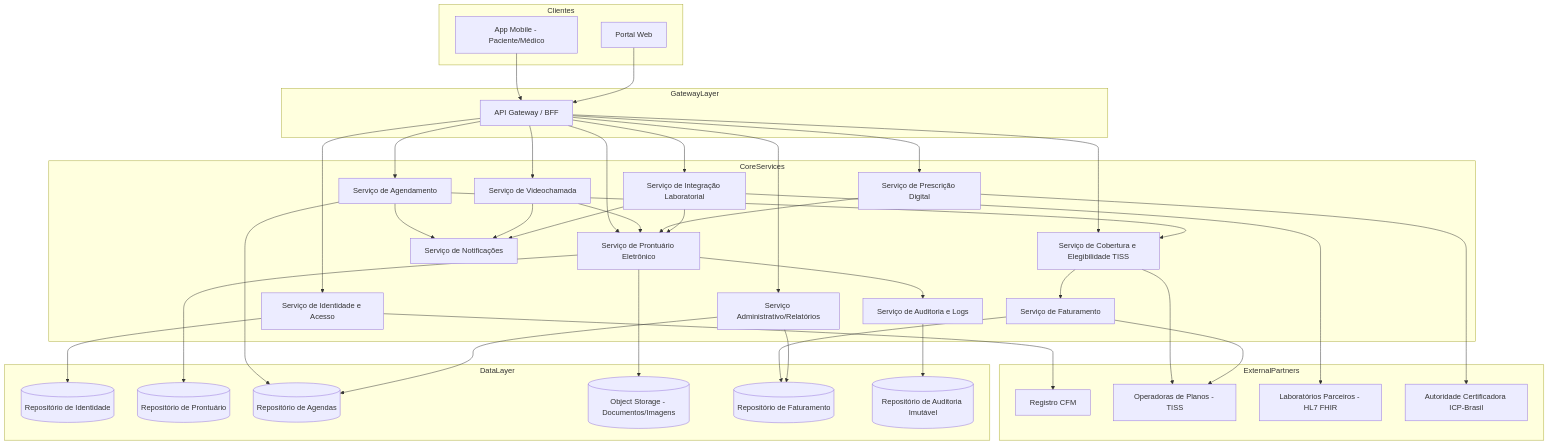
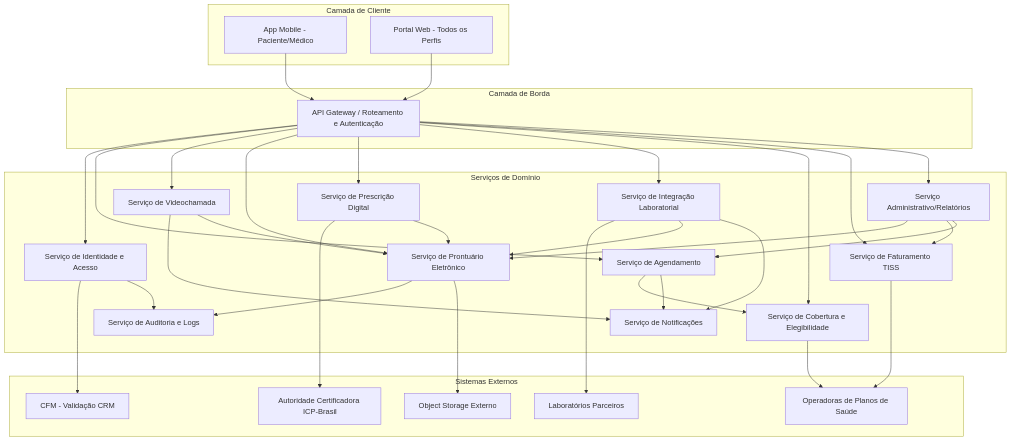
Before and after one commit to PDC-ESIA/AI4ES: the first of 3 diagrams in docs/Time_2_Design/analise-qualitativa/outputs/relatorio_claude_sonnet_5_G02.md, drawn with Mermaid. The commit also changed other lines of this file and 107 other files, not shown here.

````diff
--- a/docs/Time_2_Design/analise-qualitativa/outputs/relatorio_claude_sonnet_5_G02.md
+++ b/docs/Time_2_Design/analise-qualitativa/outputs/relatorio_claude_sonnet_5_G02.md
@@ -31,75 +28,64 @@
 ```mermaid
 flowchart TB
-    subgraph Clientes
-        APP[App Mobile - Paciente/Médico]
-        WEB[Portal Web]
+    subgraph Client["Camada de Cliente"]
+        MOB[App Mobile - Paciente/Médico]
+        WEB[Portal Web - Todos os Perfis]
     end
 
-    subgraph GatewayLayer
-        GW[API Gateway / BFF]
+    subgraph Gateway["Camada de Borda"]
+        APIGW[API Gateway / Roteamento e Autenticação]
     end
 
-    subgraph CoreServices
-        AUTH[Serviço de Identidade e Acesso]
+    subgraph Core["Serviços de Domínio"]
+        IAM[Serviço de Identidade e Acesso]
         SCHED[Serviço de Agendamento]
         VIDEO[Serviço de Videochamada]
         EHR[Serviço de Prontuário Eletrônico]
-        PRESC[Serviço de Prescrição Digital]
+        RX[Serviço de Prescrição Digital]
         LAB[Serviço de Integração Laboratorial]
-        PLAN[Serviço de Cobertura e Elegibilidade TISS]
-        BILL[Serviço de Faturamento]
-        ADMIN[Serviço Administrativo/Relatórios]
+        INS[Serviço de Cobertura e Elegibilidade]
+        BILL[Serviço de Faturamento TISS]
+        ADM[Serviço Administrativo/Relatórios]
         NOTIF[Serviço de Notificações]
         AUDIT[Serviço de Auditoria e Logs]
     end
 
-    subgraph ExternalPartners
-        CFM[Registro CFM]
-        OPER[Operadoras de Planos - TISS]
-        LABS[Laboratórios Parceiros - HL7 FHIR]
+    subgraph External["Sistemas Externos"]
+        CFM[CFM - Validação CRM]
+        OPS[Operadoras de Planos de Saúde]
+        LABS[Laboratórios Parceiros]
         ICP[Autoridade Certificadora ICP-Brasil]
+        OBJSTORE[Object Storage Externo]
     end
 
-    subgraph DataLayer
-        DB_USER[(Repositório de Identidade)]
-        DB_EHR[(Repositório de Prontuário)]
-        DB_SCHED[(Repositório de Agendas)]
-        OBJSTORE[(Object Storage - Documentos/Imagens)]
-        DB_BILL[(Repositório de Faturamento)]
-        LOGSTORE[(Repositório de Auditoria Imutável)]
-    end
+    MOB --> APIGW
+    WEB --> APIGW
+    APIGW --> IAM
+    APIGW --> SCHED
+    APIGW --> VIDEO
+    APIGW --> EHR
+    APIGW --> RX
+    APIGW --> LAB
+    APIGW --> INS
+    APIGW --> BILL
+    APIGW --> ADM
 
-    APP --> GW
-    WEB --> GW
-    GW --> AUTH
-    GW --> SCHED
-    GW --> VIDEO
-    GW --> EHR
-    GW --> PRESC
-    GW --> LAB
-    GW --> PLAN
-    GW --> ADMIN
-
-    AUTH --> CFM
-    AUTH --> DB_USER
-    SCHED --> PLAN
+    IAM --> CFM
+    IAM --> AUDIT
+    SCHED --> INS
     SCHED --> NOTIF
-    SCHED --> DB_SCHED
     VIDEO --> NOTIF
     VIDEO --> EHR
+    EHR --> AUDIT
     EHR --> OBJSTORE
-    EHR --> DB_EHR
-    EHR --> AUDIT
-    PRESC --> ICP
-    PRESC --> EHR
+    RX --> ICP
+    RX --> EHR
     LAB --> LABS
     LAB --> EHR
     LAB --> NOTIF
-    PLAN --> OPER
-    PLAN --> BILL
-    BILL --> OPER
-    BILL --> DB_BILL
-    ADMIN --> DB_BILL
-    ADMIN --> DB_SCHED
-    AUDIT --> LOGSTORE
+    INS --> OPS
+    BILL --> OPS
+    ADM --> EHR
+    ADM --> BILL
+    ADM --> SCHED
 ```
````
